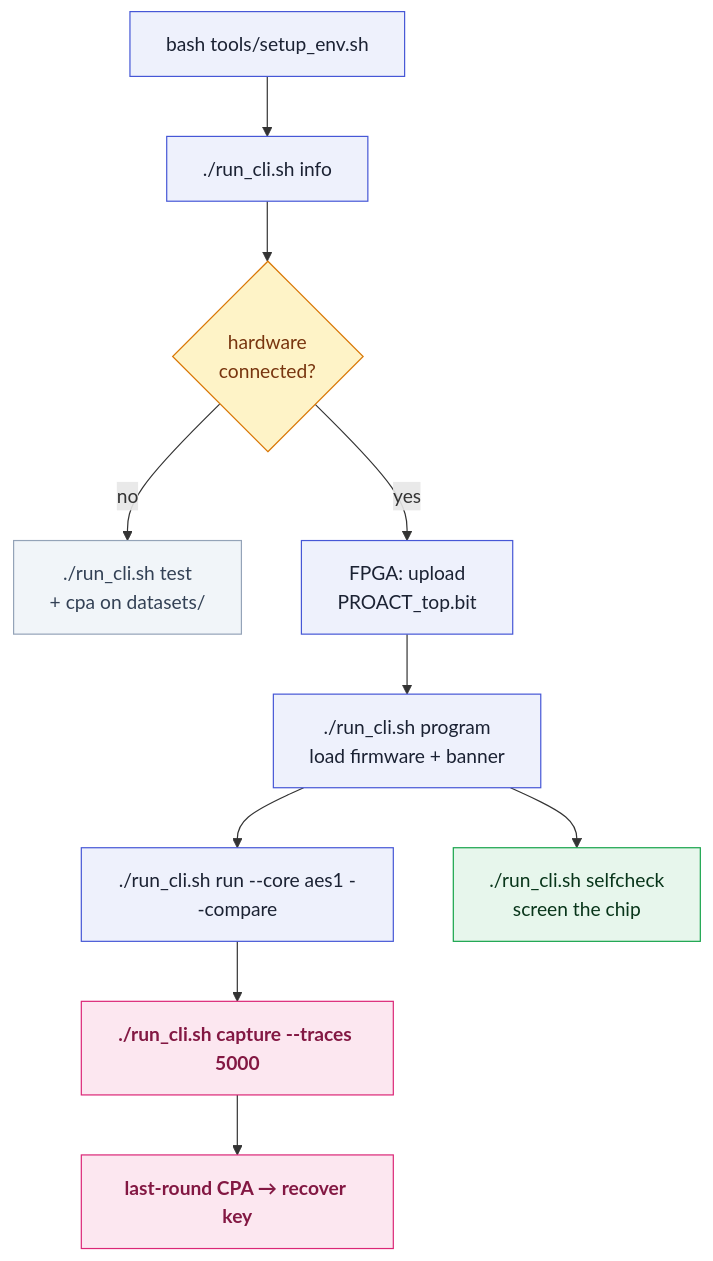
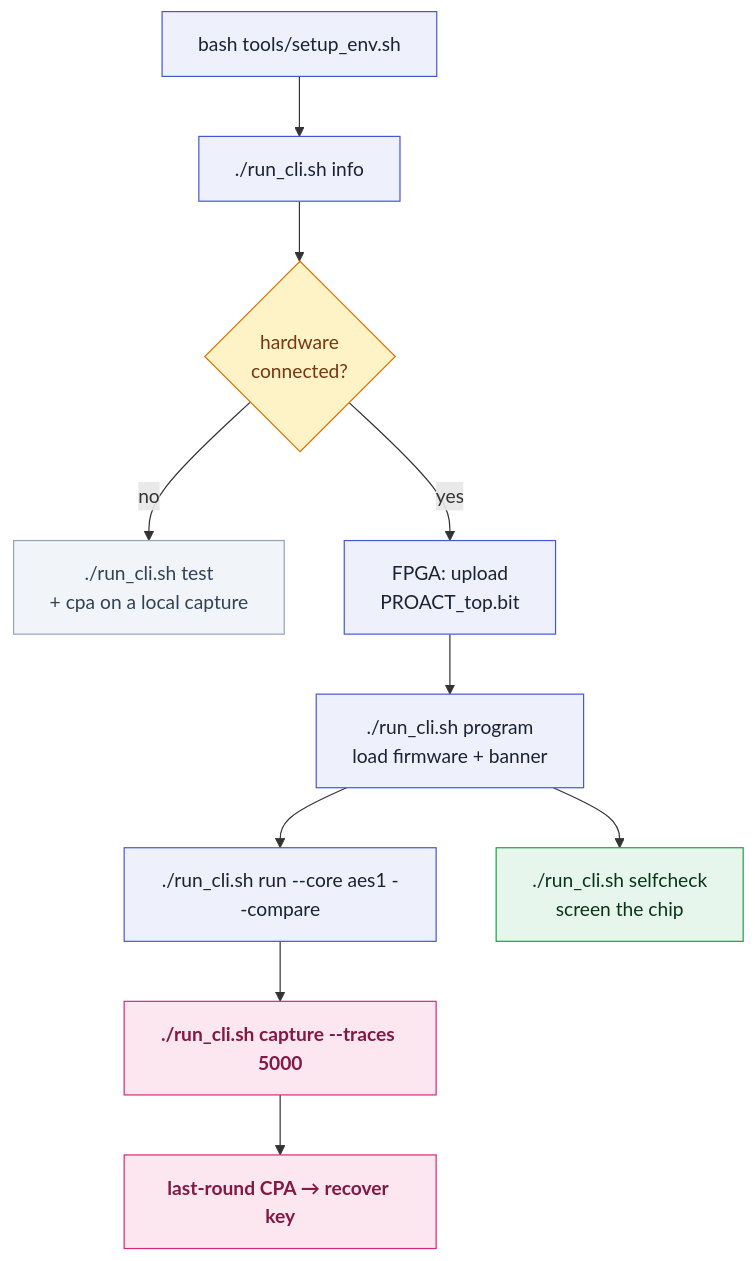
The second of 2 diagrams in docs/wiki/Home.md (abolfazlsajadi/PROACT), drawn with Mermaid before and after one commit. The commit also changed other lines of this file and 110 other files, not shown here.

````diff
--- a/docs/wiki/Home.md
+++ b/docs/wiki/Home.md
@@ -204,17 +204,17 @@
 ```mermaid
 flowchart TD
     A[bash tools/setup_env.sh]:::step --> B[./run_cli.sh info]:::step
     B --> C{hardware<br/>connected?}:::dec
-    C -->|no| D[./run_cli.sh test<br/>+ cpa on datasets/]:::soft
+    C -->|no| D[./run_cli.sh test<br/>+ cpa on a local capture]:::soft
     C -->|yes| E0[FPGA: upload<br/>PROACT_top.bit]:::step
     E0 --> E[./run_cli.sh program<br/>load firmware + banner]:::step
     E --> F[./run_cli.sh run --core aes1 --compare]:::step
     F --> G[./run_cli.sh capture --traces 5000]:::star
     G --> H[last-round CPA → recover key]:::star
     E --> I[./run_cli.sh selfcheck<br/>screen the chip]:::ok
     classDef step fill:#eef1fc,stroke:#4657d6,color:#1b2233
     classDef soft fill:#f1f5f9,stroke:#94a3b8,color:#334155
     classDef dec fill:#fef3c7,stroke:#d97706,color:#78350f
     classDef ok fill:#e7f6ec,stroke:#16a34a,color:#08351a
     classDef star fill:#fce7f0,stroke:#db2777,color:#831843,font-weight:bold
 ```
````
